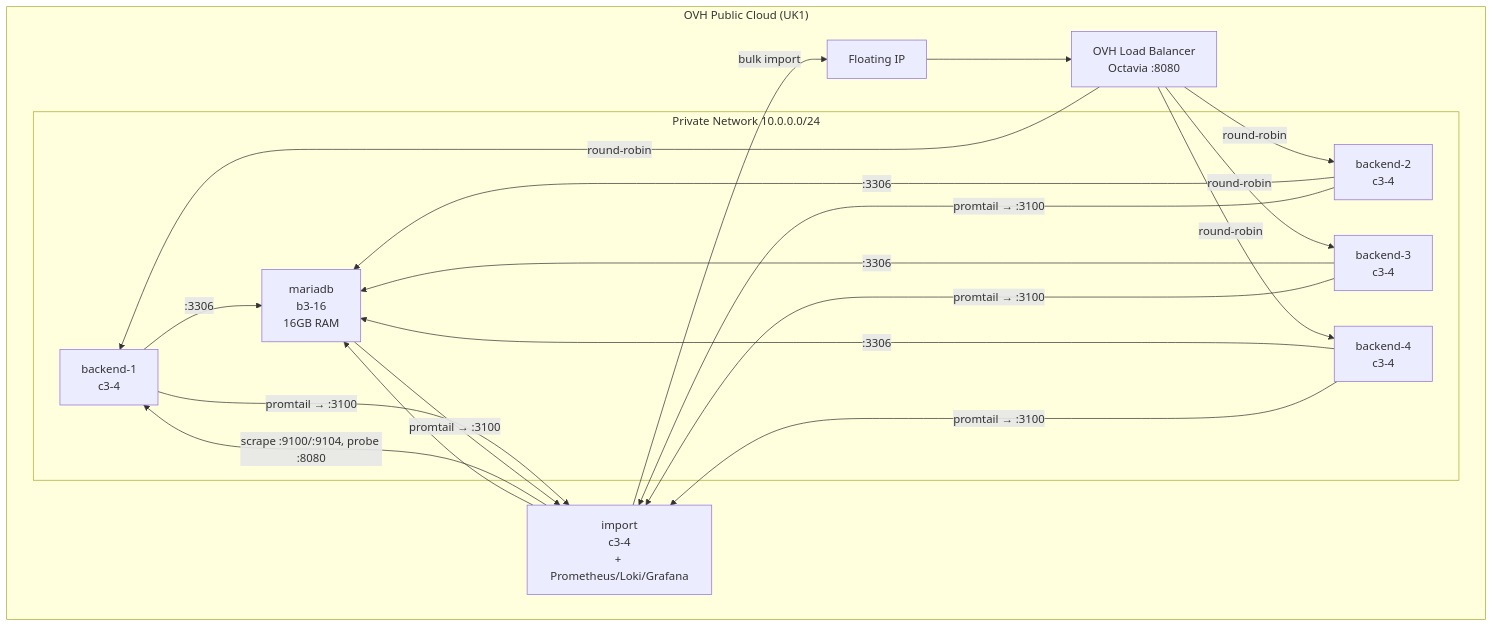
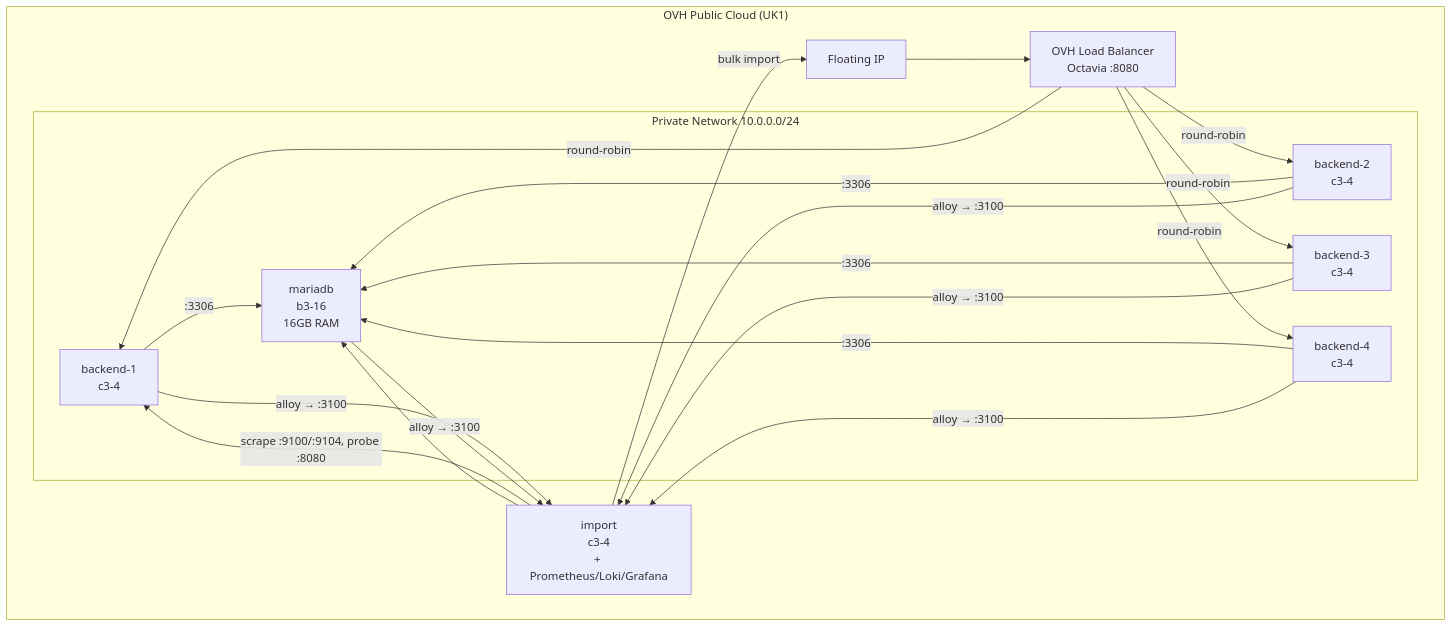
The diagram in README.md (Entitybasedev/entitybase-test), drawn with Mermaid before and after one commit. The commit also changed other lines of this file and 6 other files, not shown here.

Commit message:
Replace EOL promtail with Grafana Alloy for log shipping

````diff
--- a/README.md
+++ b/README.md
@@ -7,30 +7,30 @@
 ```mermaid
 graph TB
     subgraph "OVH Public Cloud (UK1)"
         subgraph "Private Network 10.0.0.0/24"
             B1["backend-1\nc3-4"]
             B2["backend-2\nc3-4"]
             B3["backend-3\nc3-4"]
             B4["backend-4\nc3-4"]
             DB["mariadb\nb3-16\n16GB RAM"]
         end
 
         LB["OVH Load Balancer\nOctavia :8080"]
         FIP["Floating IP"]
         IMP["import\nc3-4\n+ Prometheus/Loki/Grafana"]
     end
 
     FIP --> LB
     LB -->|round-robin| B1
     LB -->|round-robin| B2
     LB -->|round-robin| B3
     LB -->|round-robin| B4
     B1 -->|:3306| DB
     B2 -->|:3306| DB
     B3 -->|:3306| DB
     B4 -->|:3306| DB
     IMP -->|"bulk import"| FIP
     IMP -->|"scrape :9100/:9104, probe :8080"| B1
     IMP --> DB
-    B1 & B2 & B3 & B4 & DB -->|"promtail → :3100"| IMP
+    B1 & B2 & B3 & B4 & DB -->|"alloy → :3100"| IMP
 ```
````
